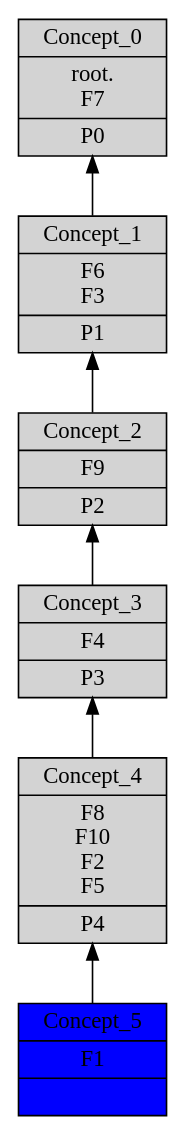
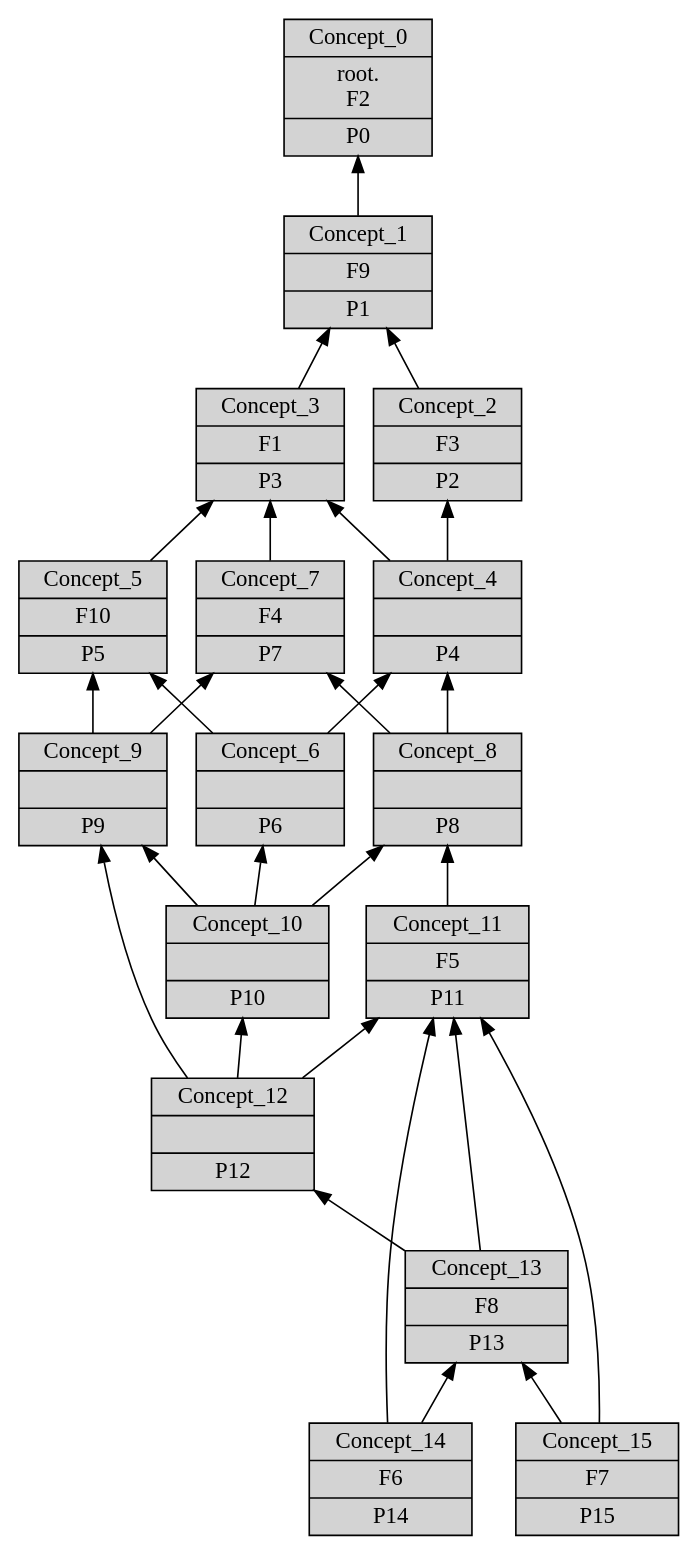
Before and after one commit to jagalindo/puzzle-testing: the diagram in refm-competition-ws/fr.inria.diverse.refm.competition.almsiedeen/Lattice dot/lattice.dot, drawn with Graphviz. The commit also changed 481 other files, not shown here.

```diff
--- a/refm-competition-ws/fr.inria.diverse.refm.competition.almsiedeen/Lattice dot/lattice.dot
+++ b/refm-competition-ws/fr.inria.diverse.refm.competition.almsiedeen/Lattice dot/lattice.dot
@@ -1,14 +1,45 @@
 digraph G { 
 	rankdir=BT;
-1464642111 [shape=record,style=filled,label="{Concept_0|root.\nF7\n|P0\n}"];
-105704967 [shape=record,style=filled,label="{Concept_1|F6\nF3\n|P1\n}"];
-392292416 [shape=record,style=filled,label="{Concept_2|F9\n|P2\n}"];
-1818402158 [shape=record,style=filled,label="{Concept_3|F4\n|P3\n}"];
-1590550415 [shape=record,style=filled,label="{Concept_4|F8\nF10\nF2\nF5\n|P4\n}"];
-1058025095 [shape=record,style=filled,fillcolor=blue,label="{Concept_5|F1\n|}"];
-	105704967 -> 1464642111
-	392292416 -> 105704967
-	1818402158 -> 392292416
-	1590550415 -> 1818402158
-	1058025095 -> 1590550415
+578866604 [shape=record,style=filled,label="{Concept_0|root.\nF2\n|P0\n}"];
+353842779 [shape=record,style=filled,label="{Concept_1|F9\n|P1\n}"];
+1338823963 [shape=record,style=filled,label="{Concept_2|F3\n|P2\n}"];
+1156060786 [shape=record,style=filled,label="{Concept_3|F1\n|P3\n}"];
+1612799726 [shape=record,style=filled,label="{Concept_4||P4\n}"];
+1286084959 [shape=record,style=filled,label="{Concept_5|F10\n|P5\n}"];
+1709537756 [shape=record,style=filled,label="{Concept_6||P6\n}"];
+1639622804 [shape=record,style=filled,label="{Concept_7|F4\n|P7\n}"];
+184966243 [shape=record,style=filled,label="{Concept_8||P8\n}"];
+124313277 [shape=record,style=filled,label="{Concept_9||P9\n}"];
+1225616405 [shape=record,style=filled,label="{Concept_10||P10\n}"];
+2101842856 [shape=record,style=filled,label="{Concept_11|F5\n|P11\n}"];
+1151020327 [shape=record,style=filled,label="{Concept_12||P12\n}"];
+88579647 [shape=record,style=filled,label="{Concept_13|F8\n|P13\n}"];
+654845766 [shape=record,style=filled,label="{Concept_14|F6\n|P14\n}"];
+1712536284 [shape=record,style=filled,label="{Concept_15|F7\n|P15\n}"];
+	353842779 -> 578866604
+	1338823963 -> 353842779
+	1156060786 -> 353842779
+	1612799726 -> 1338823963
+	1612799726 -> 1156060786
+	1286084959 -> 1156060786
+	1709537756 -> 1612799726
+	1709537756 -> 1286084959
+	1639622804 -> 1156060786
+	184966243 -> 1612799726
+	184966243 -> 1639622804
+	124313277 -> 1286084959
+	124313277 -> 1639622804
+	1225616405 -> 1709537756
+	1225616405 -> 184966243
+	1225616405 -> 124313277
+	2101842856 -> 184966243
+	1151020327 -> 124313277
+	1151020327 -> 1225616405
+	1151020327 -> 2101842856
+	88579647 -> 2101842856
+	88579647 -> 1151020327
+	654845766 -> 2101842856
+	654845766 -> 88579647
+	1712536284 -> 2101842856
+	1712536284 -> 88579647
 }
```
